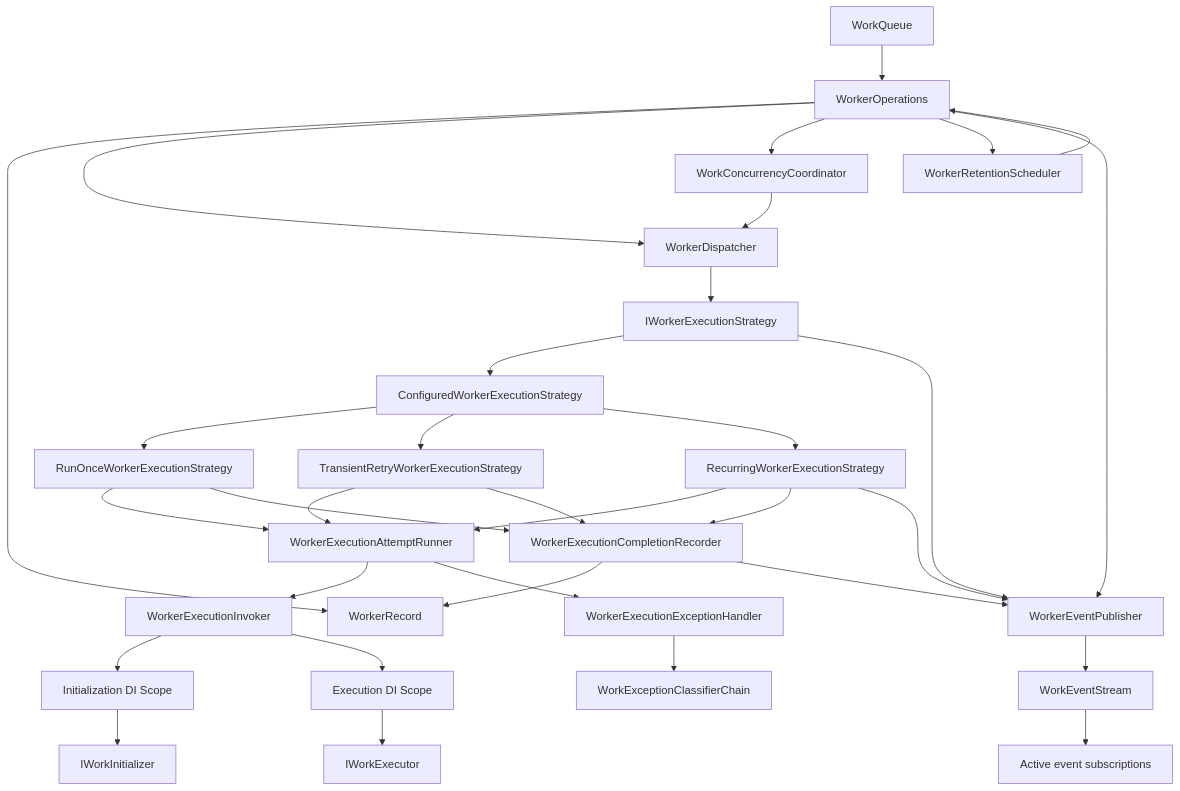
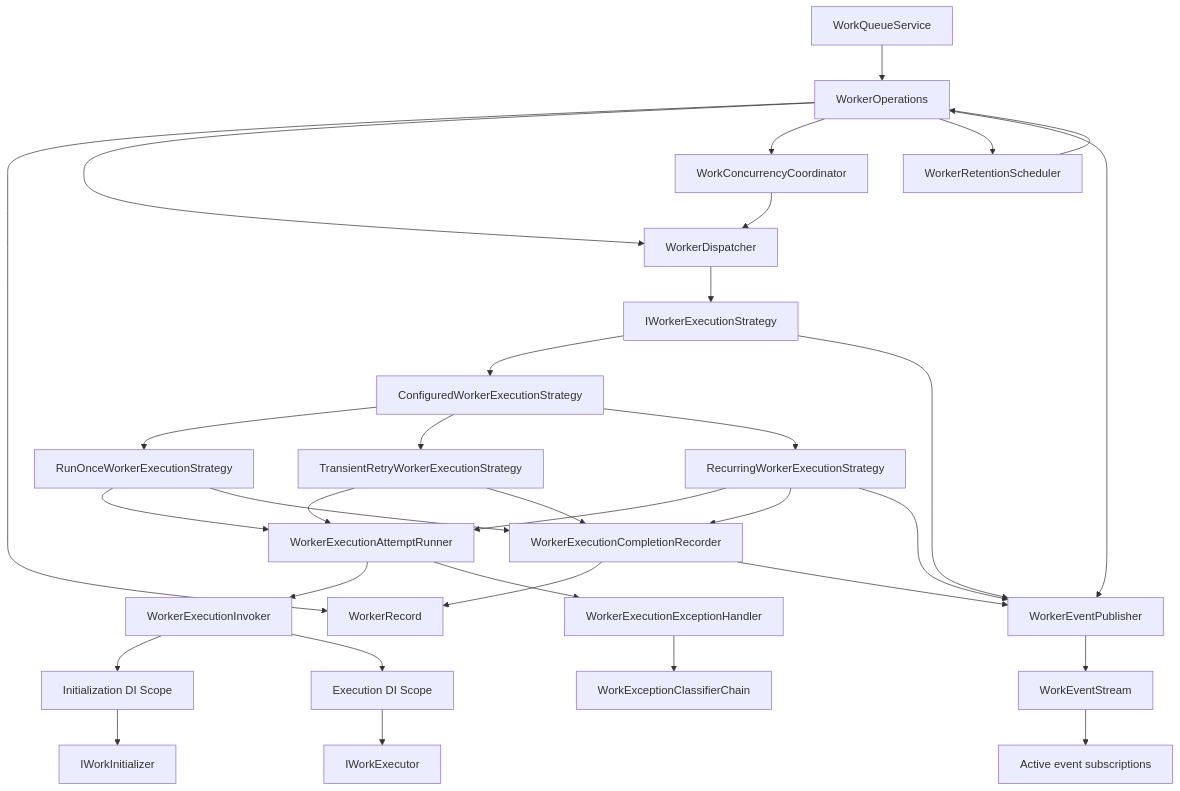
One commit to aliendomain/workable changed the first of 4 diagrams in docs/execution-engine.md. Above: the diagram before and after it, drawn with Mermaid. The commit also changed 13 other files, not shown here.

First line of the commit message:
Rename work queue surface to service

````diff
--- a/docs/execution-engine.md
+++ b/docs/execution-engine.md
@@ -7,35 +7,35 @@
 ```mermaid
 flowchart TD
-    Queue["WorkQueue"] --> Ops["WorkerOperations"]
+    Queue["WorkQueueService"] --> Ops["WorkerOperations"]
     Ops --> Record["WorkerRecord"]
     Ops --> Dispatcher["WorkerDispatcher"]
     Ops --> Concurrency["WorkConcurrencyCoordinator"]
     Ops --> Retention["WorkerRetentionScheduler"]
     Ops --> Publisher["WorkerEventPublisher"]
     Dispatcher --> Strategy["IWorkerExecutionStrategy"]
     Strategy --> Selector["ConfiguredWorkerExecutionStrategy"]
     Selector --> RunOnce["RunOnceWorkerExecutionStrategy"]
     Selector --> Retry["TransientRetryWorkerExecutionStrategy"]
     Selector --> Recurring["RecurringWorkerExecutionStrategy"]
     RunOnce --> Attempt["WorkerExecutionAttemptRunner"]
     Retry --> Attempt
     Recurring --> Attempt
     Attempt --> Invoker["WorkerExecutionInvoker"]
     Attempt --> ExceptionHandler["WorkerExecutionExceptionHandler"]
     ExceptionHandler --> Classifier["WorkExceptionClassifierChain"]
     RunOnce --> Completion["WorkerExecutionCompletionRecorder"]
     Retry --> Completion
     Recurring --> Completion
     Recurring --> Publisher
     Invoker --> InitScope["Initialization DI Scope"]
     Invoker --> ExecScope["Execution DI Scope"]
     InitScope --> Initializer["IWorkInitializer"]
     ExecScope --> Executor["IWorkExecutor"]
     Strategy --> Publisher
     Completion --> Record
     Completion --> Publisher
     Publisher --> Events["WorkEventStream"]
     Events --> Subscriptions["Active event subscriptions"]
     Retention --> Ops
     Concurrency --> Dispatcher
 ```
````
